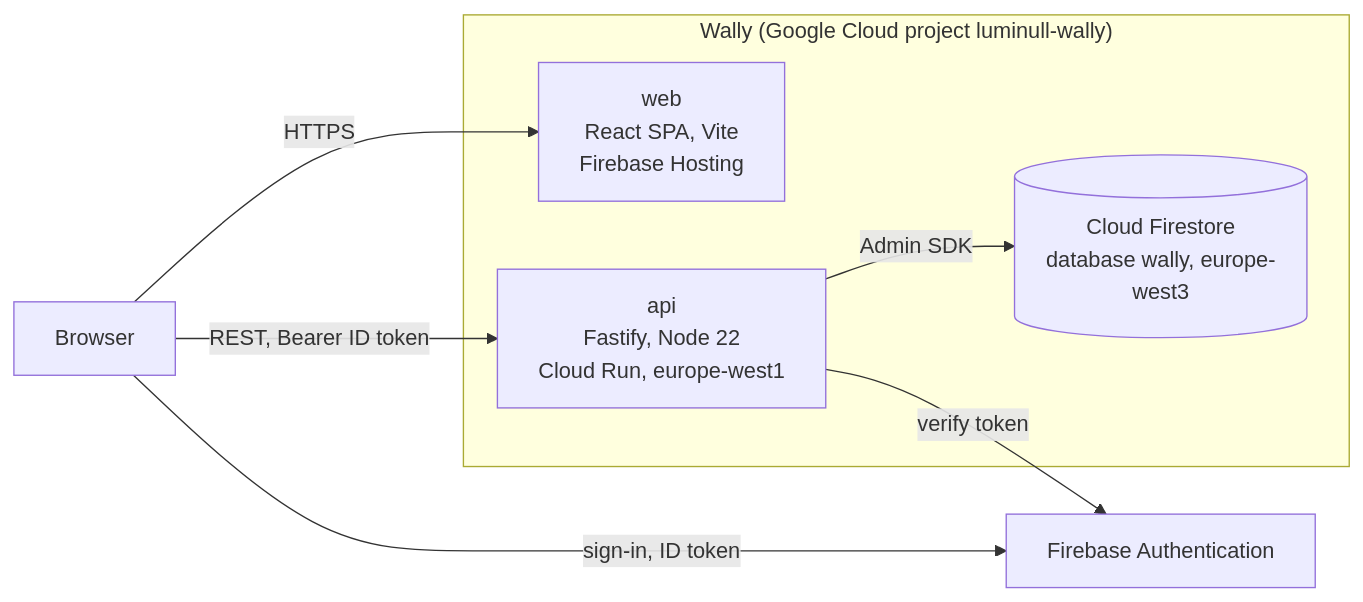
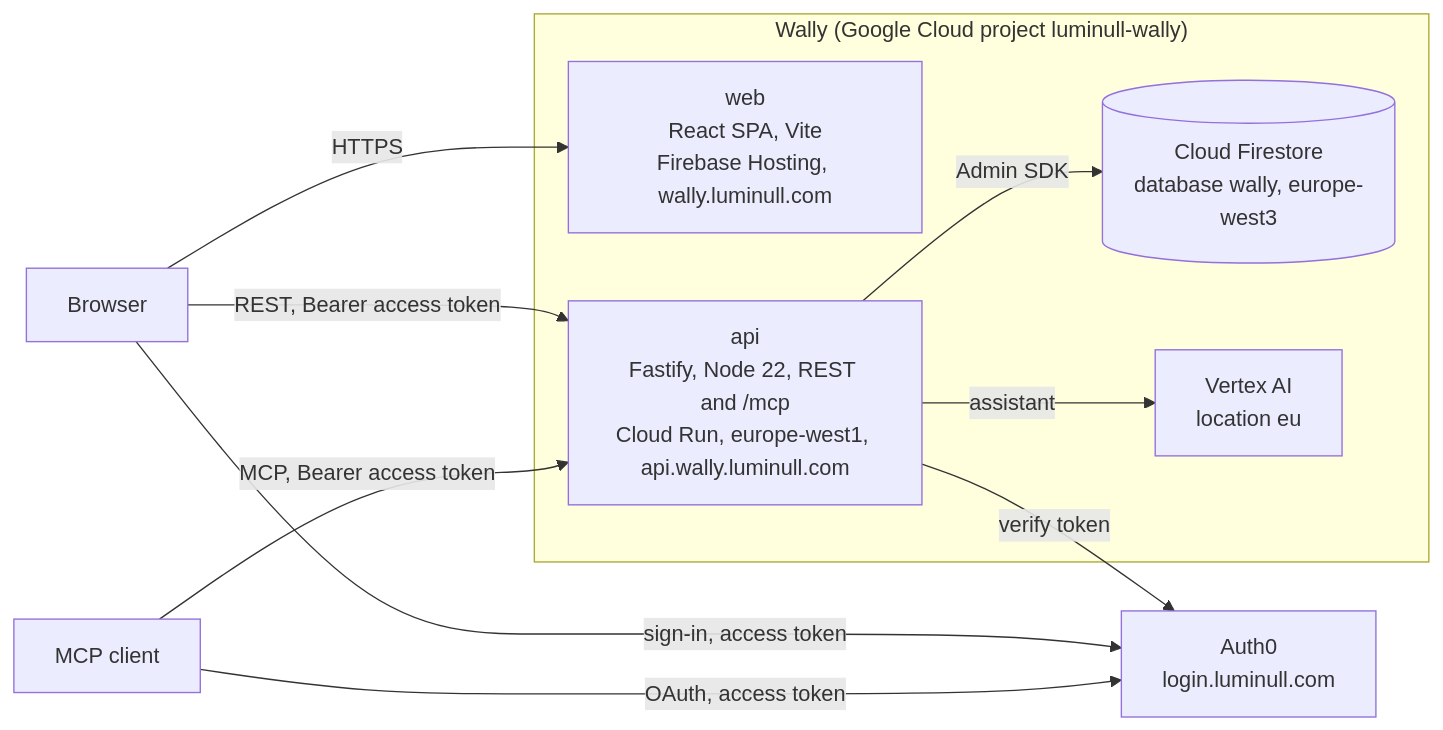
The second of 2 diagrams in docs/architecture/overview.md (milad-luminull/wally), drawn with Mermaid before and after one commit. The commit also changed other lines of this file and 57 other files, not shown here.

````diff
--- a/docs/architecture/overview.md
+++ b/docs/architecture/overview.md
@@ -25,15 +35,20 @@
 ```mermaid
 flowchart LR
   browser["Browser"]
-  auth["Firebase Authentication"]
+  host["MCP client"]
+  auth0["Auth0<br/>login.luminull.com"]
   subgraph wally["Wally (Google Cloud project luminull-wally)"]
-    web["web<br/>React SPA, Vite<br/>Firebase Hosting"]
-    api["api<br/>Fastify, Node 22<br/>Cloud Run, europe-west1"]
+    web["web<br/>React SPA, Vite<br/>Firebase Hosting, wally.luminull.com"]
+    api["api<br/>Fastify, Node 22, REST and /mcp<br/>Cloud Run, europe-west1, api.wally.luminull.com"]
     store[("Cloud Firestore<br/>database wally, europe-west3")]
+    model["Vertex AI<br/>location eu"]
   end
   browser -->|HTTPS| web
-  browser -->|sign-in, ID token| auth
-  browser -->|REST, Bearer ID token| api
-  api -->|verify token| auth
+  browser -->|sign-in, access token| auth0
+  host -->|OAuth, access token| auth0
+  browser -->|REST, Bearer access token| api
+  host -->|MCP, Bearer access token| api
+  api -->|verify token| auth0
   api -->|Admin SDK| store
+  api -->|assistant| model
 ```
````
